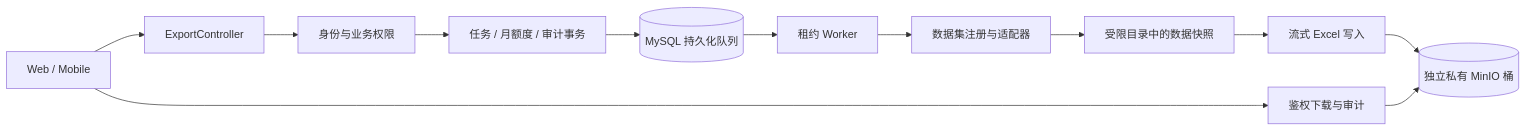
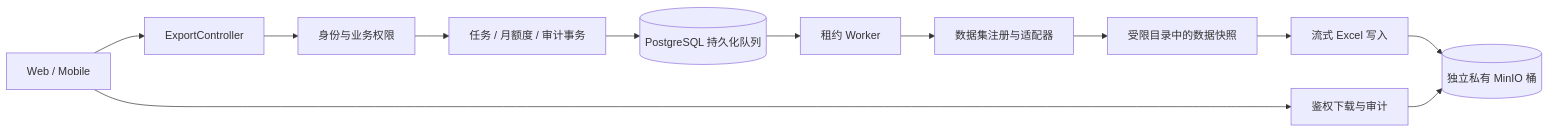
Before and after one commit to lys1313013/aio-life: the diagram in docs/需求/个人数据导出需求与技术方案.md, drawn with Mermaid. The commit also changed other lines of this file and 22 other files, not shown here.

Commit message:
docs: consolidate project contracts and add mind map prototypes

````diff
--- a/docs/需求/个人数据导出需求与技术方案.md
+++ b/docs/需求/个人数据导出需求与技术方案.md
@@ -35,14 +35,14 @@
 ```mermaid
 flowchart LR
     UI[Web / Mobile] --> API[ExportController]
     API --> AUTH[身份与业务权限]
     AUTH --> JOB[任务 / 月额度 / 审计事务]
-    JOB --> DB[(MySQL 持久化队列)]
+    JOB --> DB[(PostgreSQL 持久化队列)]
     DB --> WORKER[租约 Worker]
     WORKER --> DATA[数据集注册与适配器]
     DATA --> SNAP[受限目录中的数据快照]
     SNAP --> XLSX[流式 Excel 写入]
     XLSX --> STORE[(独立私有 MinIO 桶)]
     UI --> DOWNLOAD[鉴权下载与审计]
     DOWNLOAD --> STORE
 ```
````
